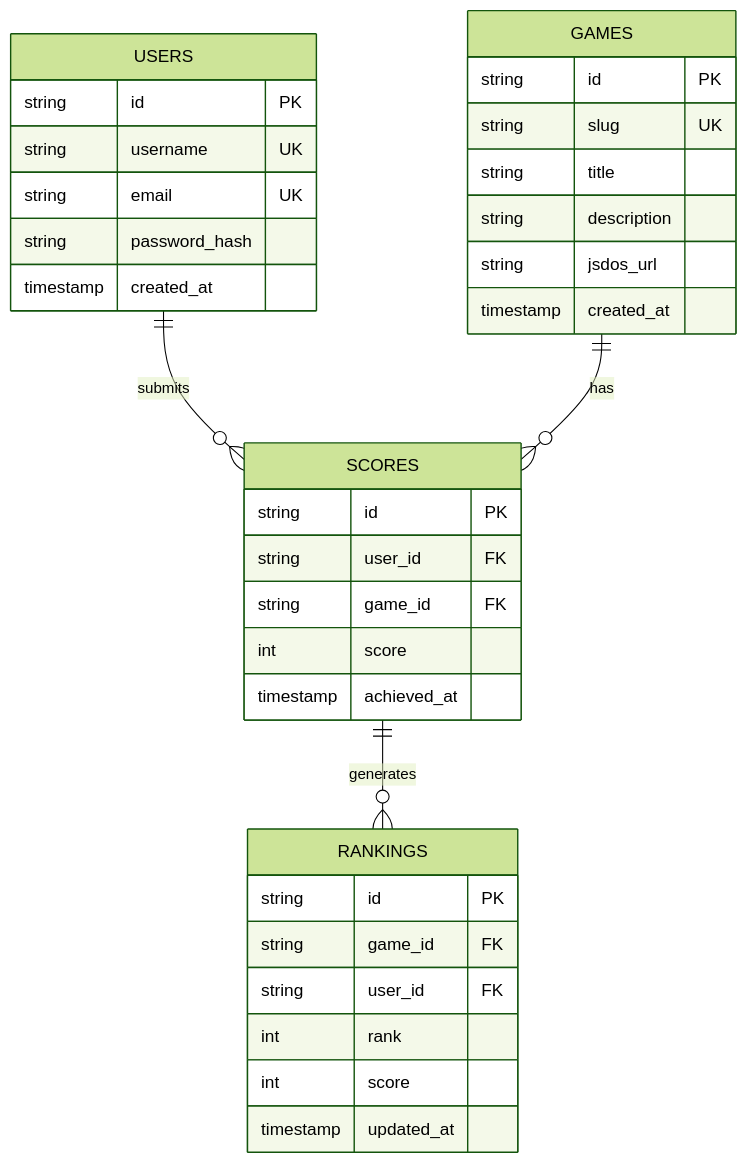
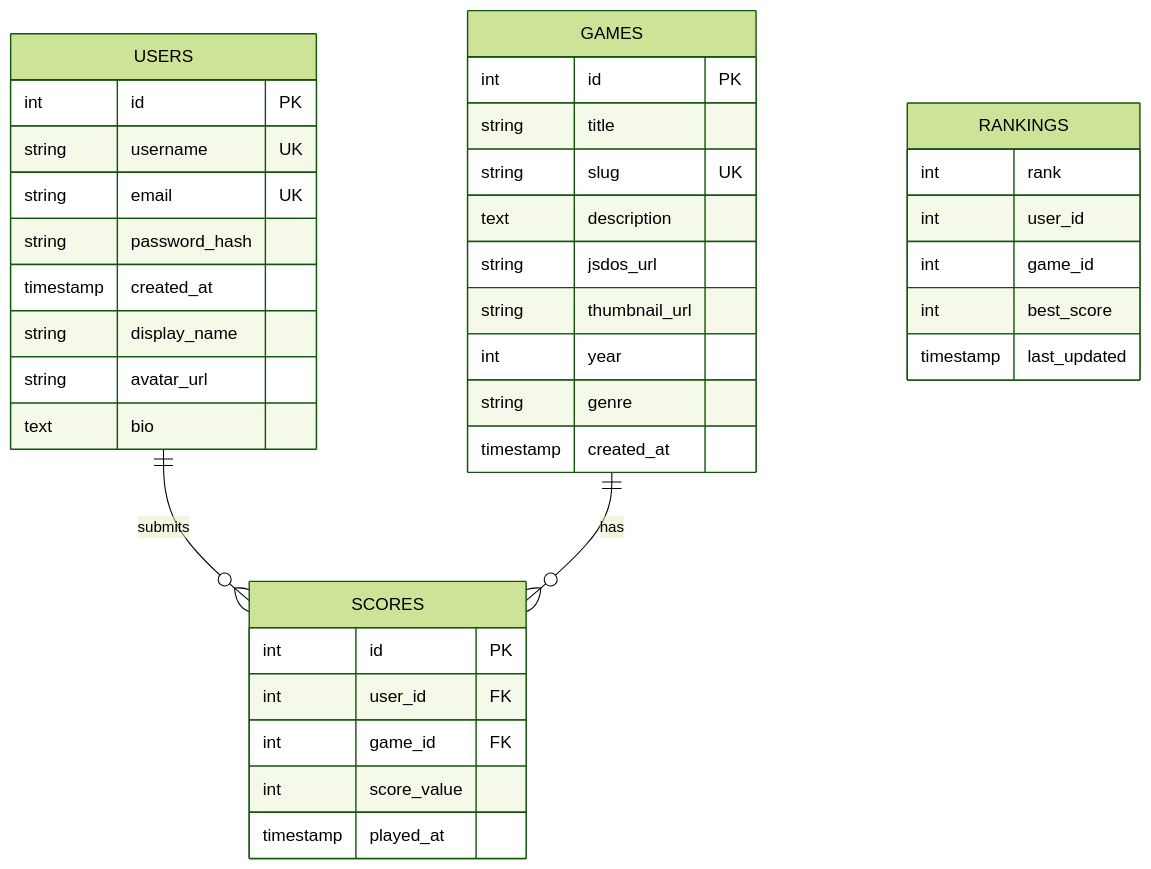
Before and after one commit to retrogamecloud/docs: the third of 5 diagrams in IMPROVEMENTS.md, drawn with Mermaid (forest theme). The commit also changed other lines of this file and 3 other files, not shown here.

````diff
--- a/IMPROVEMENTS.md
+++ b/IMPROVEMENTS.md
@@ -26,3 +114,3 @@
 ```mermaid
-erDiagram USERS ||--o{ SCORES : submits USERS { string id PK string username UK string email UK string password_hash timestamp created_at } GAMES ||--o{ SCORES : has GAMES { string id PK string slug UK string title string description string jsdos_url timestamp created_at } SCORES ||--o{ RANKINGS : generates SCORES { string id PK string user_id FK string game_id FK int score timestamp achieved_at } RANKINGS { string id PK string game_id FK string user_id FK int rank int score timestamp updated_at }
+erDiagram USERS ||--o{ SCORES : submits GAMES ||--o{ SCORES : has USERS { int id PK string username UK string email UK string password_hash timestamp created_at string display_name string avatar_url text bio } GAMES { int id PK string title string slug UK text description string jsdos_url string thumbnail_url int year string genre timestamp created_at } SCORES { int id PK int user_id FK int game_id FK int score_value timestamp played_at } RANKINGS { int rank int user_id int game_id int best_score timestamp last_updated }
 ```
````
